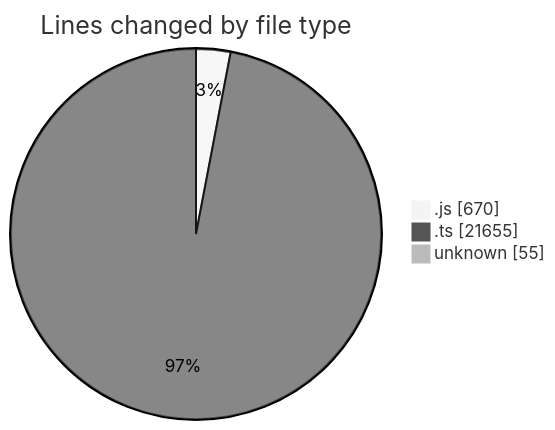
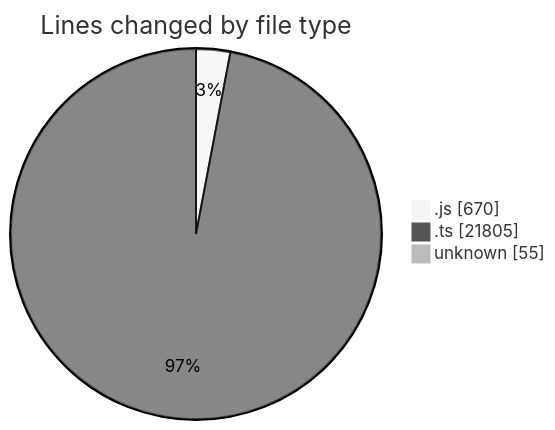
The first of 2 diagrams in 2026-08-21/cda/README.md (momahboobian/code-tracking), drawn with Mermaid (neutral theme) before and after one commit. The commit also changed other lines of this file and 1 other file, not shown here.

````diff
--- a/2026-08-21/cda/README.md
+++ b/2026-08-21/cda/README.md
@@ -35,7 +35,7 @@
 ```mermaid
 pie showData
 title Lines changed by file type
 ".js" : 670
-".ts" : 21655
+".ts" : 21805
 "unknown" : 55
 ```
````
